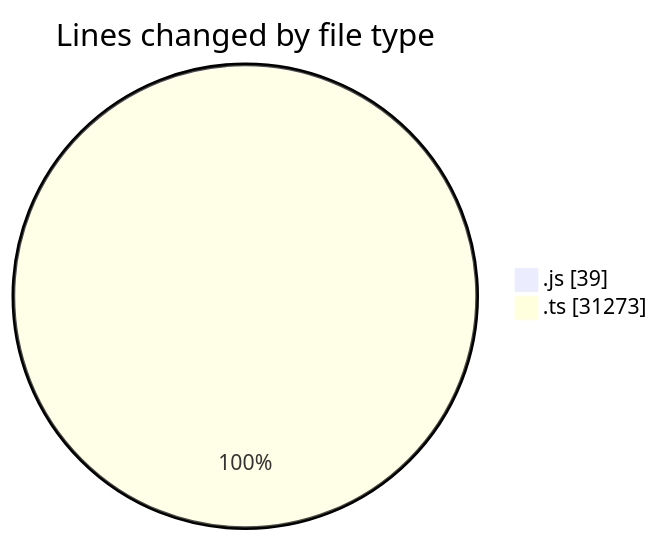
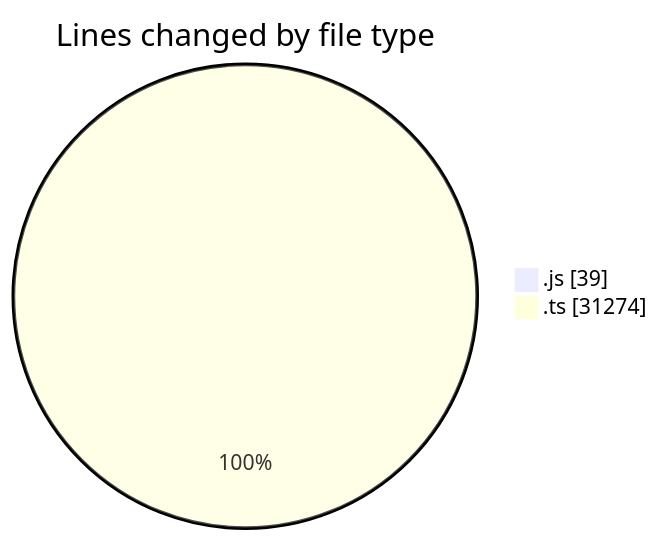
One commit to momahboobian/code-tracking changed the first of 2 diagrams in 2025-06-19/cda/README.md. Above: the diagram before and after it, drawn with Mermaid. The commit also changed other lines of this file and 1 other file, not shown here.

````diff
--- a/2025-06-19/cda/README.md
+++ b/2025-06-19/cda/README.md
@@ -27,6 +27,6 @@
 ```mermaid
 pie showData
 title Lines changed by file type
 ".js" : 39
-".ts" : 31273
+".ts" : 31274
 ```
````
